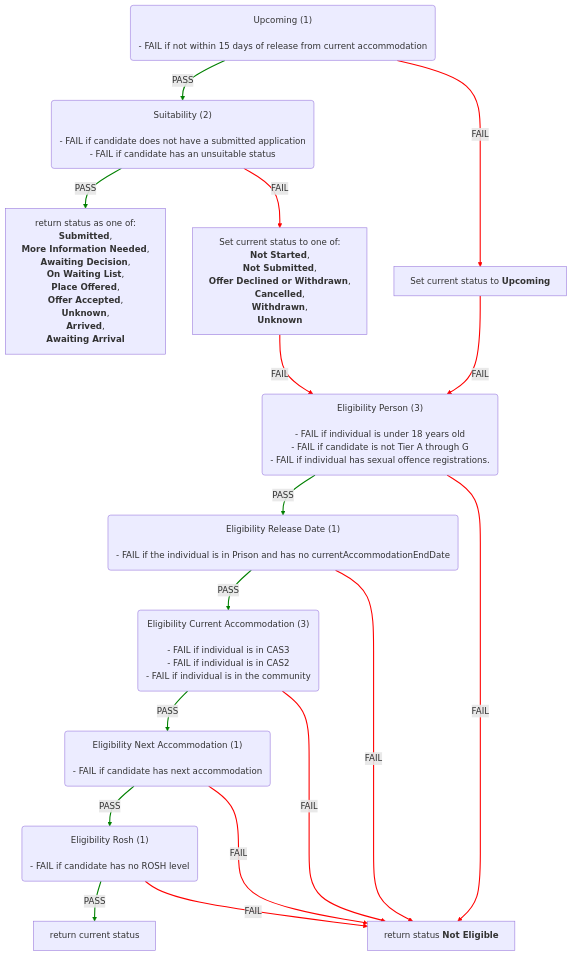
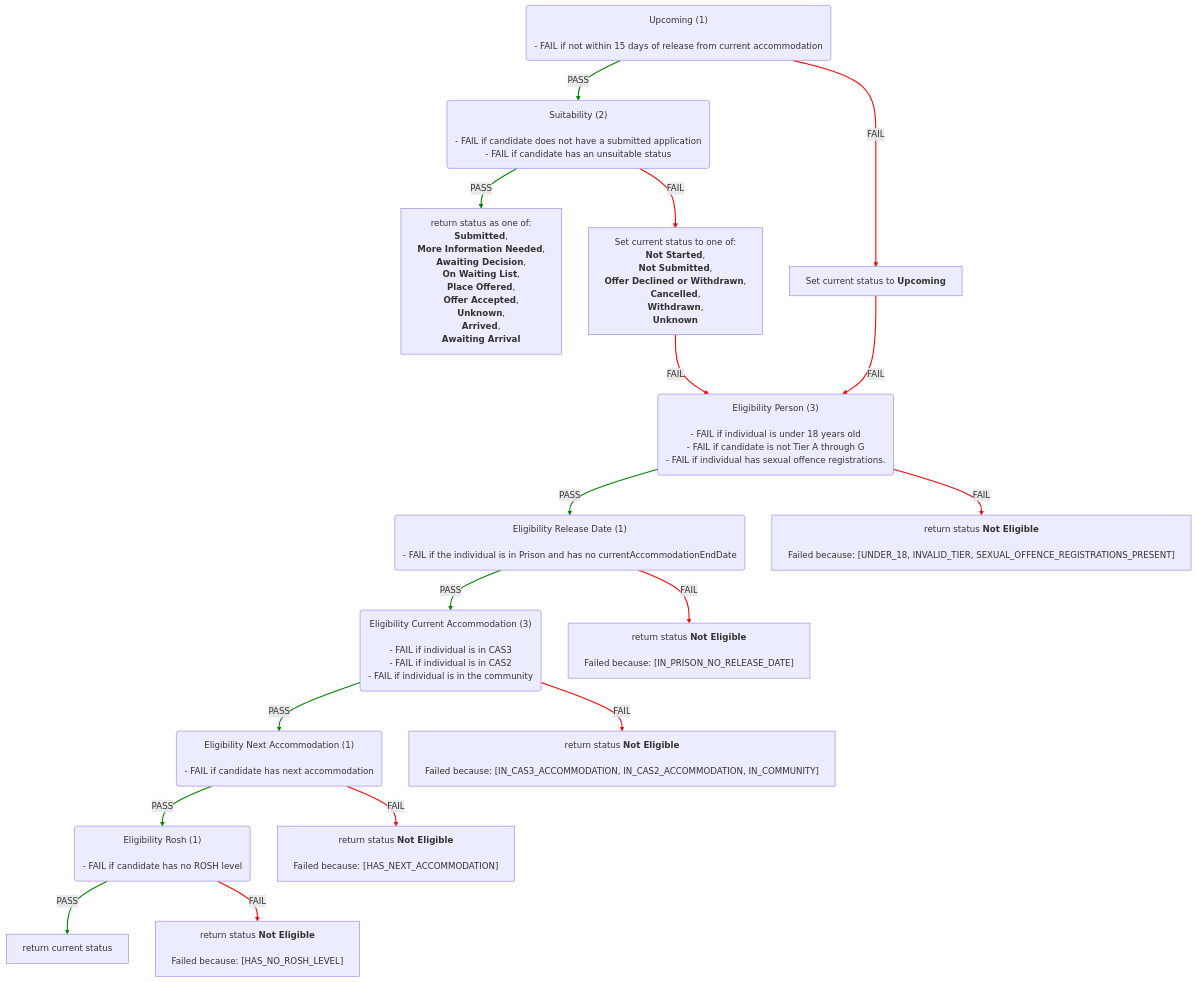
Before and after one commit to ministryofjustice/hmpps-single-accommodation-service-api: the second of 6 diagrams in docs/eligibility-rules-graph.md, drawn with Mermaid. The commit also changed other lines of this file and 49 other files, not shown here.

Commit message:
chore/SAS-1533-Add-failure-reasons-to-static-graph

````diff
--- a/docs/eligibility-rules-graph.md
+++ b/docs/eligibility-rules-graph.md
@@ -141,68 +153,82 @@
 ```mermaid
 %%{init: {"flowchart": {"wrappingWidth": 800}}}%%
 flowchart TD
   Upcoming("Upcoming (1)
 
 - FAIL if not within 15 days of release from current accommodation")
   Suitability("Suitability (2)
 
 - FAIL if candidate does not have a submitted application
 - FAIL if candidate has an unsuitable status")
   return_status_as_one_of__Submitted___More_Information_Needed___Awaiting_Decision___On_Waiting_List___Place_Offered___Offer_Accepted___Unknown___Arrived___Awaiting_Arrival["return status as one of:
 <b>Submitted</b>,
  <b>More Information Needed</b>,
  <b>Awaiting Decision</b>,
  <b>On Waiting List</b>,
  <b>Place Offered</b>,
  <b>Offer Accepted</b>,
  <b>Unknown</b>,
  <b>Arrived</b>,
  <b>Awaiting Arrival</b>"]
   Set_current_status_to_one_of__Not_Started___Not_Submitted___Offer_Declined_or_Withdrawn___Cancelled___Withdrawn___Unknown["Set current status to one of:
 <b>Not Started</b>,
  <b>Not Submitted</b>,
  <b>Offer Declined or Withdrawn</b>,
  <b>Cancelled</b>,
  <b>Withdrawn</b>,
  <b>Unknown</b>"]
   Eligibility_Person("Eligibility Person (3)
 
 - FAIL if individual is under 18 years old
 - FAIL if candidate is not Tier A through G
 - FAIL if individual has sexual offence registrations.")
   Eligibility_Release_Date("Eligibility Release Date (1)
 
 - FAIL if the individual is in Prison and has no currentAccommodationEndDate")
   Eligibility_Current_Accommodation("Eligibility Current Accommodation (3)
 
 - FAIL if individual is in CAS3
 - FAIL if individual is in CAS2
 - FAIL if individual is in the community")
   Eligibility_Next_Accommodation("Eligibility Next Accommodation (1)
 
 - FAIL if candidate has next accommodation")
   Eligibility_Rosh("Eligibility Rosh (1)
 
 - FAIL if candidate has no ROSH level")
   return_current_status["return current status"]
-  return_status_Not_Eligible["return status <b>Not Eligible</b>"]
+  return_status_Not_Eligible__Failed_because___HAS_NO_ROSH_LEVEL_["return status <b>Not Eligible</b>
+
+Failed because: [HAS_NO_ROSH_LEVEL]"]
+  return_status_Not_Eligible__Failed_because___HAS_NEXT_ACCOMMODATION_["return status <b>Not Eligible</b>
+
+Failed because: [HAS_NEXT_ACCOMMODATION]"]
+  return_status_Not_Eligible__Failed_because___IN_CAS3_ACCOMMODATION__IN_CAS2_ACCOMMODATION__IN_COMMUNITY_["return status <b>Not Eligible</b>
+
+Failed because: [IN_CAS3_ACCOMMODATION, IN_CAS2_ACCOMMODATION, IN_COMMUNITY]"]
+  return_status_Not_Eligible__Failed_because___IN_PRISON_NO_RELEASE_DATE_["return status <b>Not Eligible</b>
+
+Failed because: [IN_PRISON_NO_RELEASE_DATE]"]
+  return_status_Not_Eligible__Failed_because___UNDER_18__INVALID_TIER__SEXUAL_OFFENCE_REGISTRATIONS_PRESENT_["return status <b>Not Eligible</b>
+
+Failed because: [UNDER_18, INVALID_TIER, SEXUAL_OFFENCE_REGISTRATIONS_PRESENT]"]
   Set_current_status_to_Upcoming["Set current status to <b>Upcoming</b>"]
   Suitability -->|PASS| return_status_as_one_of__Submitted___More_Information_Needed___Awaiting_Decision___On_Waiting_List___Place_Offered___Offer_Accepted___Unknown___Arrived___Awaiting_Arrival
   Suitability -->|FAIL| Set_current_status_to_one_of__Not_Started___Not_Submitted___Offer_Declined_or_Withdrawn___Cancelled___Withdrawn___Unknown
   Eligibility_Rosh -->|PASS| return_current_status
-  Eligibility_Rosh -->|FAIL| return_status_Not_Eligible
+  Eligibility_Rosh -->|FAIL| return_status_Not_Eligible__Failed_because___HAS_NO_ROSH_LEVEL_
   Eligibility_Next_Accommodation -->|PASS| Eligibility_Rosh
-  Eligibility_Next_Accommodation -->|FAIL| return_status_Not_Eligible
+  Eligibility_Next_Accommodation -->|FAIL| return_status_Not_Eligible__Failed_because___HAS_NEXT_ACCOMMODATION_
   Eligibility_Current_Accommodation -->|PASS| Eligibility_Next_Accommodation
-  Eligibility_Current_Accommodation -->|FAIL| return_status_Not_Eligible
+  Eligibility_Current_Accommodation -->|FAIL| return_status_Not_Eligible__Failed_because___IN_CAS3_ACCOMMODATION__IN_CAS2_ACCOMMODATION__IN_COMMUNITY_
   Eligibility_Release_Date -->|PASS| Eligibility_Current_Accommodation
-  Eligibility_Release_Date -->|FAIL| return_status_Not_Eligible
+  Eligibility_Release_Date -->|FAIL| return_status_Not_Eligible__Failed_because___IN_PRISON_NO_RELEASE_DATE_
   Eligibility_Person -->|PASS| Eligibility_Release_Date
-  Eligibility_Person -->|FAIL| return_status_Not_Eligible
+  Eligibility_Person -->|FAIL| return_status_Not_Eligible__Failed_because___UNDER_18__INVALID_TIER__SEXUAL_OFFENCE_REGISTRATIONS_PRESENT_
   Set_current_status_to_one_of__Not_Started___Not_Submitted___Offer_Declined_or_Withdrawn___Cancelled___Withdrawn___Unknown -->|FAIL| Eligibility_Person
   Upcoming -->|PASS| Suitability
   Upcoming -->|FAIL| Set_current_status_to_Upcoming
   Set_current_status_to_Upcoming -->|FAIL| Eligibility_Person
   linkStyle 0,2,4,6,8,10,13 stroke:green,stroke-width:2px
   linkStyle 1,3,5,7,9,11,12,14,15 stroke:red,stroke-width:2px
 ```
````
